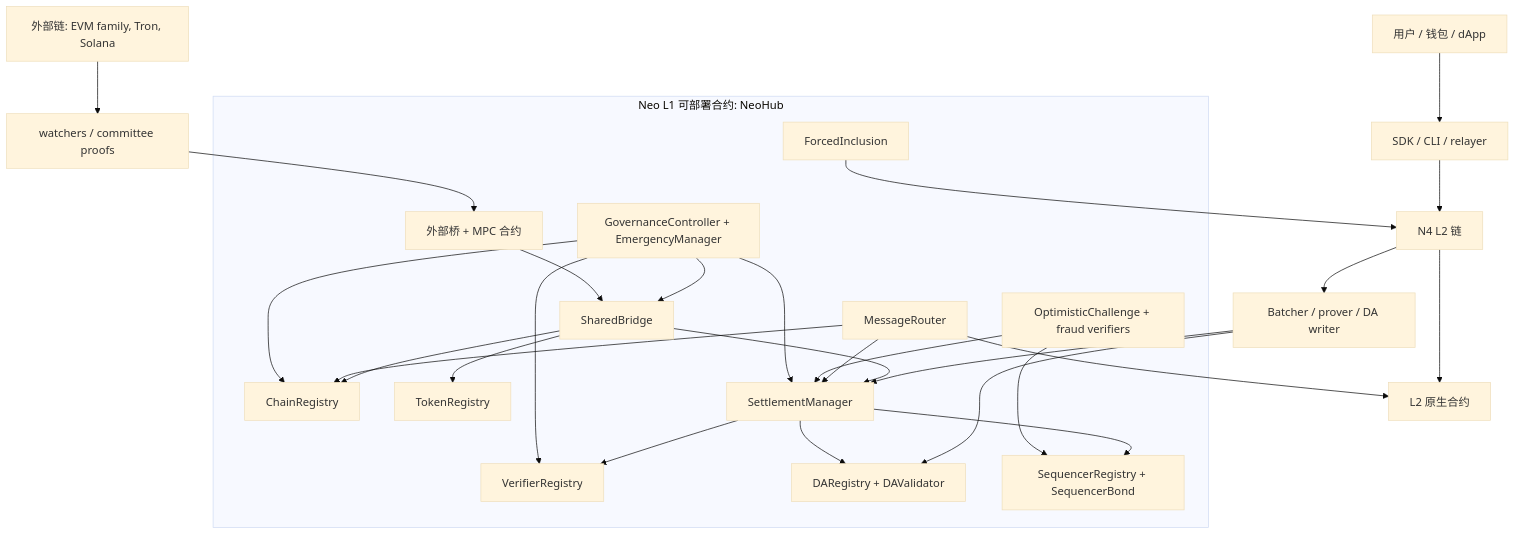
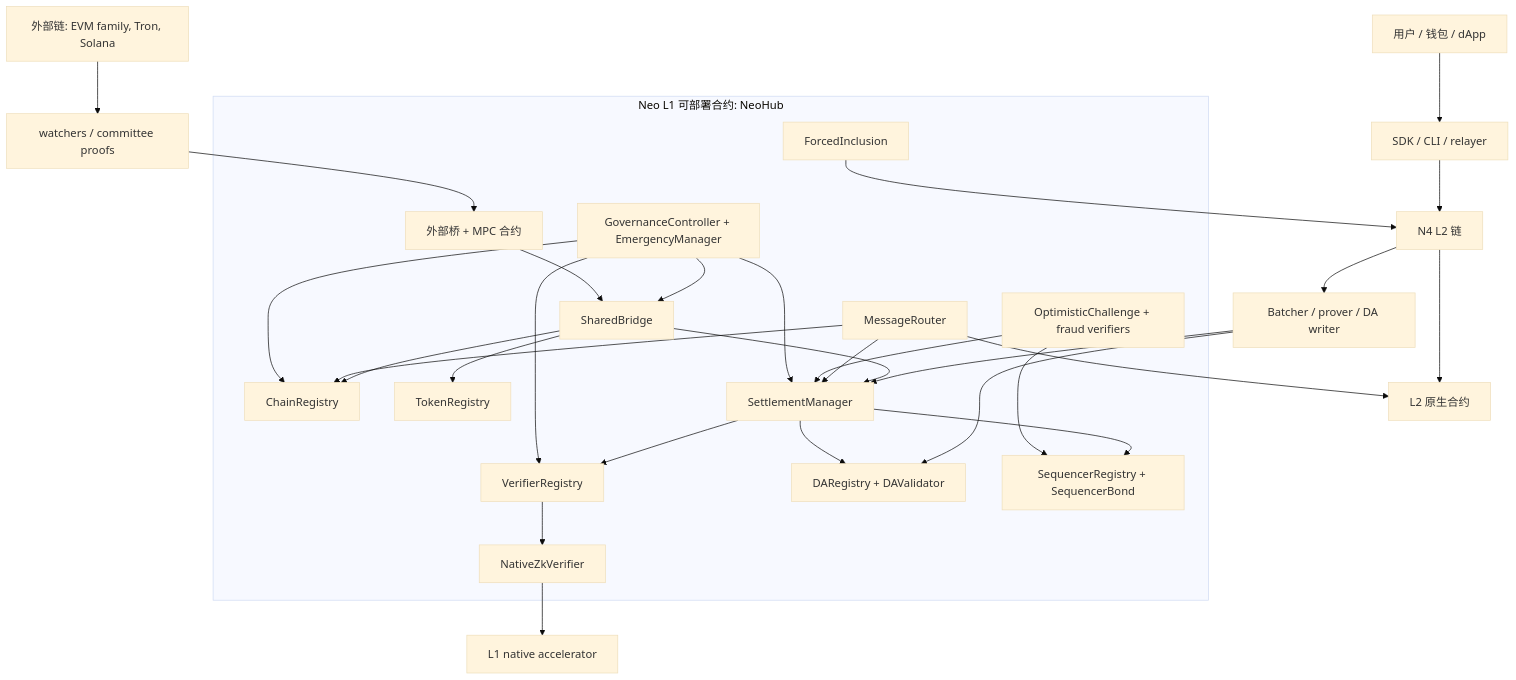
One commit to r3e-network/neo-n4 changed the first of 10 diagrams in docs/zh/neohub-architecture-and-workflows.md. Above: the diagram before and after it, drawn with Mermaid (base theme). The commit also changed other lines of this file and 50 other files, not shown here.

Commit message:
Add native-accelerated ZK verifier adapter

````diff
--- a/docs/zh/neohub-architecture-and-workflows.md
+++ b/docs/zh/neohub-architecture-and-workflows.md
@@ -31,45 +33,48 @@
 ```mermaid
 flowchart TB
     user["用户 / 钱包 / dApp"] --> sdk["SDK / CLI / relayer"]
     sdk --> l2["N4 L2 链"]
     l2 --> batcher["Batcher / prover / DA writer"]
     l2 --> l2native["L2 原生合约"]
 
     subgraph l1["Neo L1 可部署合约: NeoHub"]
         chain["ChainRegistry"]
         token["TokenRegistry"]
         bridge["SharedBridge"]
         settle["SettlementManager"]
         verifier["VerifierRegistry"]
+        nativezk["NativeZkVerifier"]
         msg["MessageRouter"]
         da["DARegistry + DAValidator"]
         seq["SequencerRegistry + SequencerBond"]
         force["ForcedInclusion"]
         challenge["OptimisticChallenge + fraud verifiers"]
         gov["GovernanceController + EmergencyManager"]
         ext["外部桥 + MPC 合约"]
     end
 
     batcher --> da
     batcher --> settle
     settle --> verifier
+    verifier --> nativezk
+    nativezk --> nativeacc["L1 native accelerator"]
     settle --> da
     settle --> seq
     bridge --> token
     bridge --> chain
     bridge --> settle
     msg --> chain
     msg --> settle
     msg --> l2native
     force --> l2
     challenge --> settle
     challenge --> seq
     gov --> chain
     gov --> verifier
     gov --> bridge
     gov --> settle
     ext --> bridge
 
     foreign["外部链: EVM family, Tron, Solana"] --> watcher["watchers / committee proofs"]
     watcher --> ext
 ```
````
